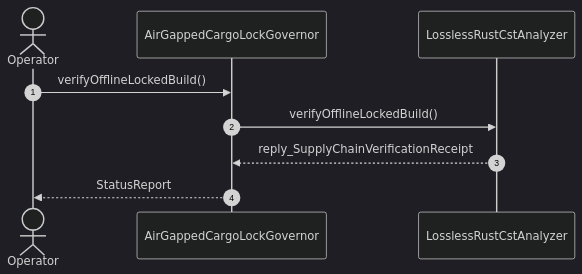
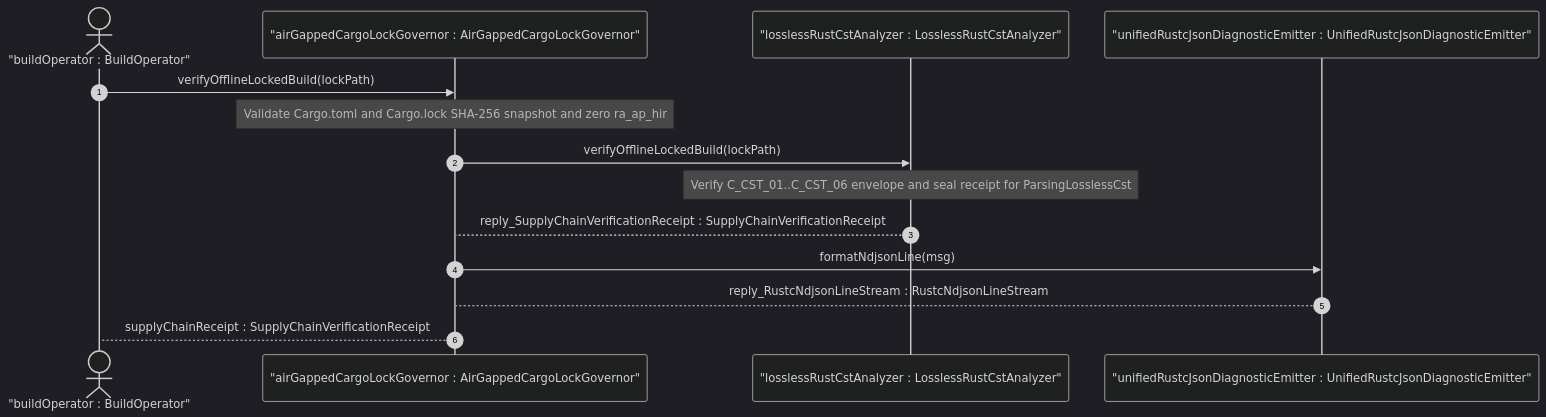
Before and after one commit to gintatkinson/DEAP01-spec-core: the first of 2 diagrams in .pipeline/upstream/docs/user-stories/US-51-verifyOfflineLockedBuild.md, drawn with Mermaid (dark theme). The commit also changed other lines of this file and 3 other files, not shown here.

````diff
--- a/.pipeline/upstream/docs/user-stories/US-51-verifyOfflineLockedBuild.md
+++ b/.pipeline/upstream/docs/user-stories/US-51-verifyOfflineLockedBuild.md
@@ -37,11 +87,17 @@
 ```mermaid
 sequenceDiagram
     autonumber
-    actor Operator
-    participant AirGappedCargoLockGovernor
-    participant LosslessRustCstAnalyzer
-    Operator->>AirGappedCargoLockGovernor: verifyOfflineLockedBuild()
-    AirGappedCargoLockGovernor->>LosslessRustCstAnalyzer: verifyOfflineLockedBuild()
-    LosslessRustCstAnalyzer-->>AirGappedCargoLockGovernor: reply_SupplyChainVerificationReceipt
-    AirGappedCargoLockGovernor-->>Operator: StatusReport
+    actor BuildOperator as "buildOperator : BuildOperator"
+    participant AirGappedCargoLockGovernor as "airGappedCargoLockGovernor : AirGappedCargoLockGovernor"
+    participant LosslessRustCstAnalyzer as "losslessRustCstAnalyzer : LosslessRustCstAnalyzer"
+    participant UnifiedRustcJsonDiagnosticEmitter as "unifiedRustcJsonDiagnosticEmitter : UnifiedRustcJsonDiagnosticEmitter"
+
+    BuildOperator->>AirGappedCargoLockGovernor: verifyOfflineLockedBuild(lockPath)
+    Note over AirGappedCargoLockGovernor: Validate Cargo.toml and Cargo.lock SHA-256 snapshot and zero ra_ap_hir
+    AirGappedCargoLockGovernor->>LosslessRustCstAnalyzer: verifyOfflineLockedBuild(lockPath)
+    Note over LosslessRustCstAnalyzer: Verify C_CST_01..C_CST_06 envelope and seal receipt for ParsingLosslessCst
+    LosslessRustCstAnalyzer-->AirGappedCargoLockGovernor: reply_SupplyChainVerificationReceipt : SupplyChainVerificationReceipt
+    AirGappedCargoLockGovernor->>UnifiedRustcJsonDiagnosticEmitter: formatNdjsonLine(msg)
+    UnifiedRustcJsonDiagnosticEmitter-->AirGappedCargoLockGovernor: reply_RustcNdjsonLineStream : RustcNdjsonLineStream
+    AirGappedCargoLockGovernor-->BuildOperator: supplyChainReceipt : SupplyChainVerificationReceipt
 ```
````
